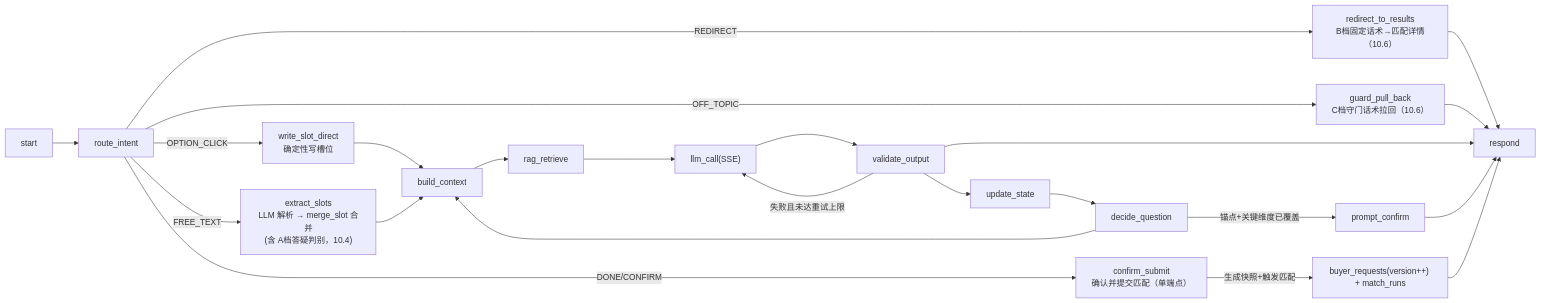
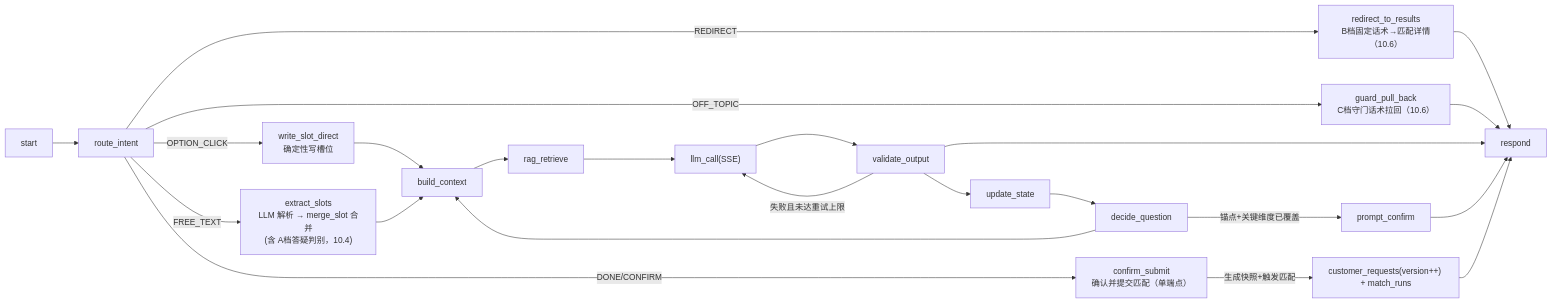
Before and after one commit to ivgotcrazy/xmsn-demo: the first of 4 diagrams in doc/系统/代理详细设计.md, drawn with Mermaid. The commit also changed other lines of this file and 246 other files, not shown here.

````diff
--- a/doc/系统/代理详细设计.md
+++ b/doc/系统/代理详细设计.md
@@ -213,25 +213,25 @@
 ```mermaid
 graph LR
     START["start"] --> ROUTE["route_intent"]
     ROUTE -->|"OPTION_CLICK"| DIRECT["write_slot_direct<br/>确定性写槽位"]
     ROUTE -->|"FREE_TEXT"| EXTRACT["extract_slots<br/>LLM 解析 → merge_slot 合并<br/>(含 A档答疑判别，10.4)"]
     ROUTE -->|"DONE/CONFIRM"| CONF["confirm_submit<br/>确认并提交匹配（单端点）"]
     ROUTE -->|"REDIRECT"| RD["redirect_to_results<br/>B档固定话术→匹配详情（10.6）"]
     ROUTE -->|"OFF_TOPIC"| GU["guard_pull_back<br/>C档守门话术拉回（10.6）"]
     RD --> RESP
     GU --> RESP
     DIRECT --> CTX
     EXTRACT --> CTX["build_context"]
     CTX --> RAG["rag_retrieve"]
     RAG --> LLM["llm_call(SSE)"]
     LLM --> VAL["validate_output"]
     VAL -->|"失败且未达重试上限"| LLM
     VAL --> RESP["respond"]
     VAL --> UPDATE["update_state"]
     UPDATE --> DECIDE["decide_question"]
     DECIDE --> CTX
     DECIDE -->|"锚点+关键维度已覆盖"| PC["prompt_confirm"]
     PC --> RESP
-    CONF -->|"生成快照+触发匹配"| SNAP["buyer_requests(version++) + match_runs"]
+    CONF -->|"生成快照+触发匹配"| SNAP["customer_requests(version++) + match_runs"]
     SNAP --> RESP
 ```
````
